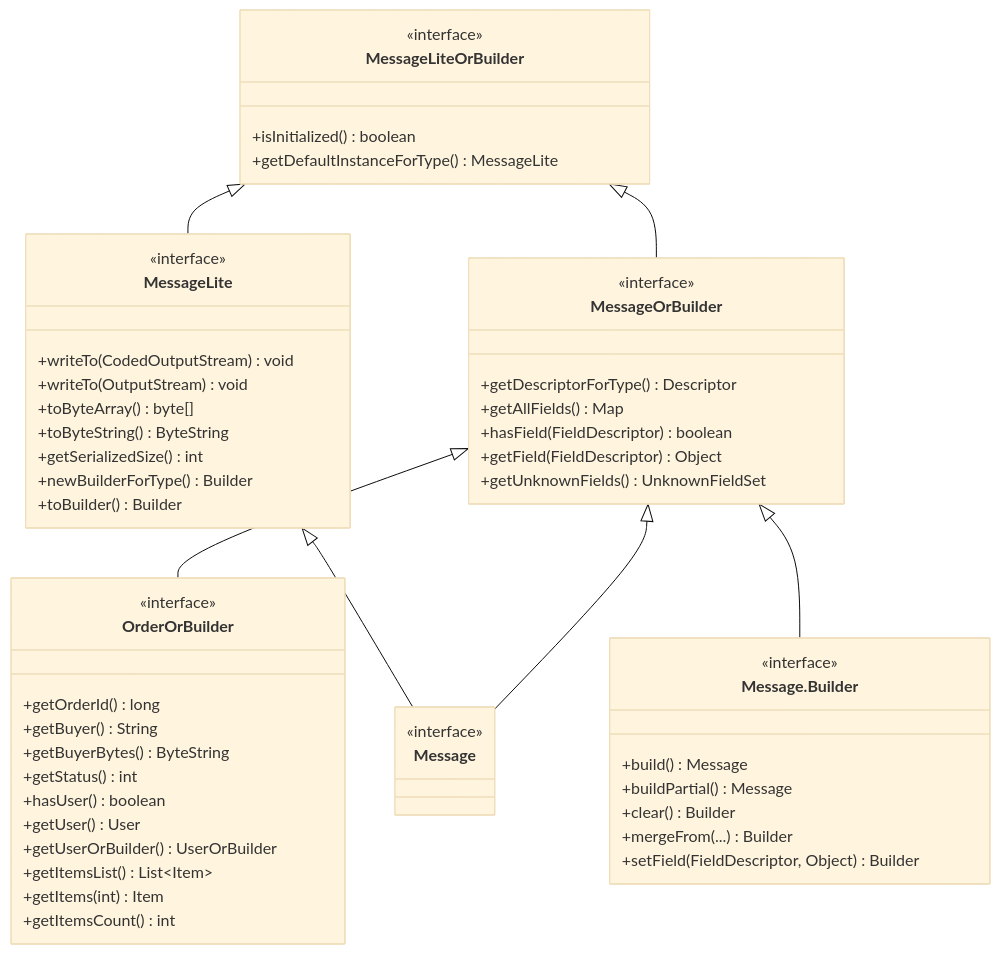
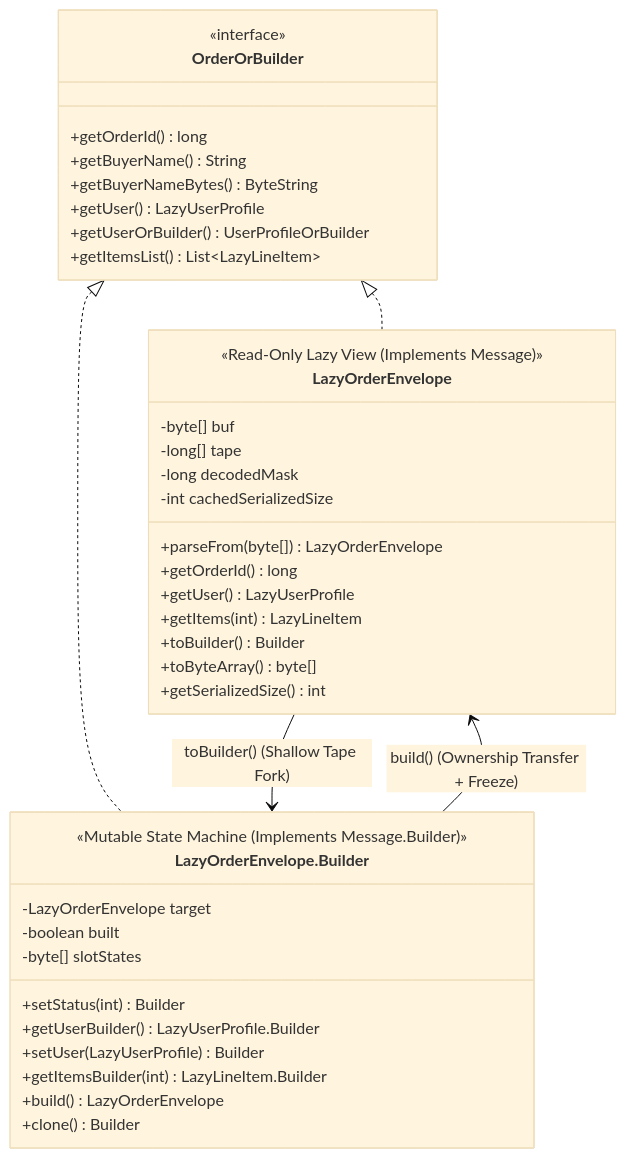
Before and after one commit to inu4g0t/lazy-proto: the second of 4 diagrams in DESIGN.md, drawn with Mermaid (base theme). The commit also changed other lines of this file and 4 other files, not shown here.

Commit message:
Refactor design to Architecture v2 and add 6-Pillar StatefulModelFuzzTest (#1)

````diff
--- a/DESIGN.md
+++ b/DESIGN.md
@@ -513,57 +516,43 @@
 ```mermaid
 classDiagram
-    class MessageLiteOrBuilder {
-        <<interface>>
-        +isInitialized() boolean
-        +getDefaultInstanceForType() MessageLite
-    }
-    class MessageOrBuilder {
-        <<interface>>
-        +getDescriptorForType() Descriptor
-        +getAllFields() Map
-        +hasField(FieldDescriptor) boolean
-        +getField(FieldDescriptor) Object
-        +getUnknownFields() UnknownFieldSet
-    }
     class OrderOrBuilder {
         <<interface>>
         +getOrderId() long
-        +getBuyer() String
-        +getBuyerBytes() ByteString
-        +getStatus() int
-        +hasUser() boolean
-        +getUser() User
-        +getUserOrBuilder() UserOrBuilder
-        +getItemsList() List~Item~
-        +getItems(int) Item
-        +getItemsCount() int
+        +getBuyerName() String
+        +getBuyerNameBytes() ByteString
+        +getUser() LazyUserProfile
+        +getUserOrBuilder() UserProfileOrBuilder
+        +getItemsList() List~LazyLineItem~
     }
-    class MessageLite {
-        <<interface>>
-        +writeTo(CodedOutputStream) void
-        +writeTo(OutputStream) void
+    class LazyOrderEnvelope {
+        <<Read-Only Lazy View (Implements Message)>>
+        -byte[] buf
+        -long[] tape
+        -long decodedMask
+        -int cachedSerializedSize
+        +parseFrom(byte[]) LazyOrderEnvelope
+        +getOrderId() long
+        +getUser() LazyUserProfile
+        +getItems(int) LazyLineItem
+        +toBuilder() Builder
         +toByteArray() byte[]
-        +toByteString() ByteString
         +getSerializedSize() int
-        +newBuilderForType() Builder
-        +toBuilder() Builder
     }
-    class Message {
-        <<interface>>
-    }
-    class Message_Builder["Message.Builder"] {
-        <<interface>>
-        +build() Message
-        +buildPartial() Message
-        +clear() Builder
-        +mergeFrom(...) Builder
-        +setField(FieldDescriptor, Object) Builder
+    class Builder["LazyOrderEnvelope.Builder"] {
+        <<Mutable State Machine (Implements Message.Builder)>>
+        -LazyOrderEnvelope target
+        -boolean built
+        -byte[] slotStates
+        +setStatus(int) Builder
+        +getUserBuilder() LazyUserProfile.Builder
+        +setUser(LazyUserProfile) Builder
+        +getItemsBuilder(int) LazyLineItem.Builder
+        +build() LazyOrderEnvelope
+        +clone() Builder
     }
 
-    MessageLiteOrBuilder <|-- MessageOrBuilder
-    MessageOrBuilder <|-- OrderOrBuilder
-    MessageLiteOrBuilder <|-- MessageLite
-    MessageLite <|-- Message
-    MessageOrBuilder <|-- Message
-    MessageOrBuilder <|-- Message_Builder
+    OrderOrBuilder <|.. LazyOrderEnvelope
+    OrderOrBuilder <|.. Builder
+    LazyOrderEnvelope --> Builder : toBuilder() (Shallow Tape Fork)
+    Builder --> LazyOrderEnvelope : build() (Ownership Transfer + Freeze)
 ```
````
